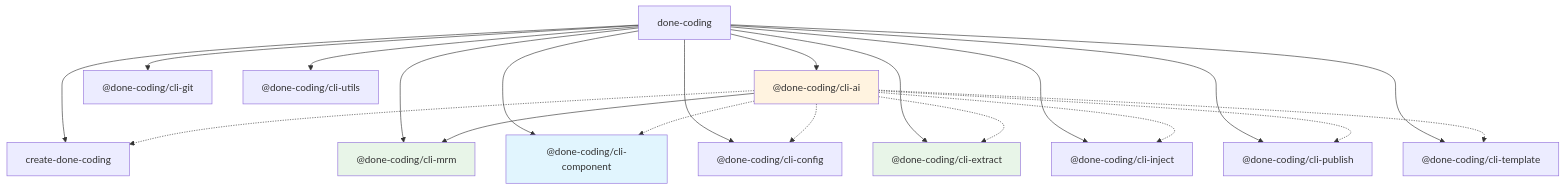
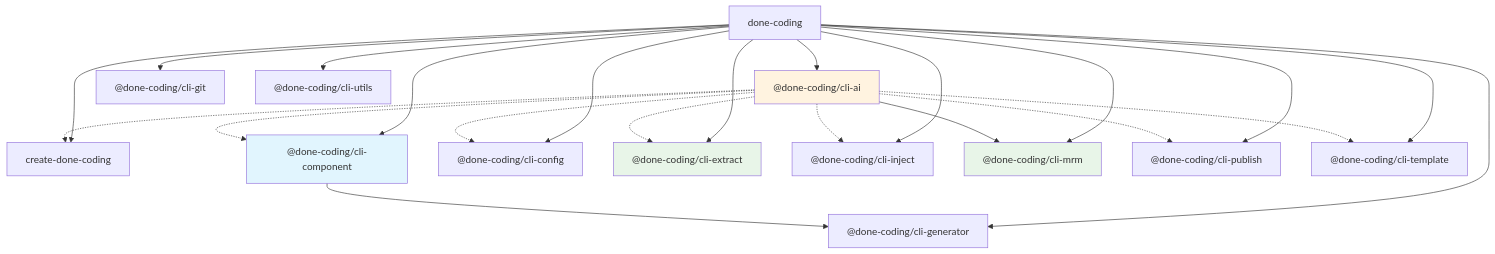
The diagram in packages/cli/README.md (done-coding/done-coding-cli), drawn with Mermaid before and after one commit. The commit also changed other lines of this file and 5 other files, not shown here.

First line of the commit message:
feat(cli): 主命令挂载 generator 子命令 + 补 README

````diff
--- a/packages/cli/README.md
+++ b/packages/cli/README.md
@@ -295,28 +309,30 @@
 ```mermaid
 graph TD
     A["done-coding"] --> B["create-done-coding"]
     A --> C["@done-coding/cli-ai"]
     A --> D["@done-coding/cli-component"]
     A --> E["@done-coding/cli-config"]
     A --> F["@done-coding/cli-extract"]
     A --> G["@done-coding/cli-git"]
     A --> H["@done-coding/cli-inject"]
     A --> I["@done-coding/cli-mrm"]
     A --> J["@done-coding/cli-publish"]
     A --> K["@done-coding/cli-template"]
     A --> L["@done-coding/cli-utils"]
+    A --> M["@done-coding/cli-generator"]
 
+    D --> M
     C --> I
     C -.-> B
     C -.-> D
     C -.-> E
     C -.-> F
     C -.-> H
     C -.-> J
     C -.-> K
 
     style C fill:#fff3e0
     style I fill:#e8f5e8
     style D fill:#e1f5fe
     style F fill:#e8f5e8
 ```
````
